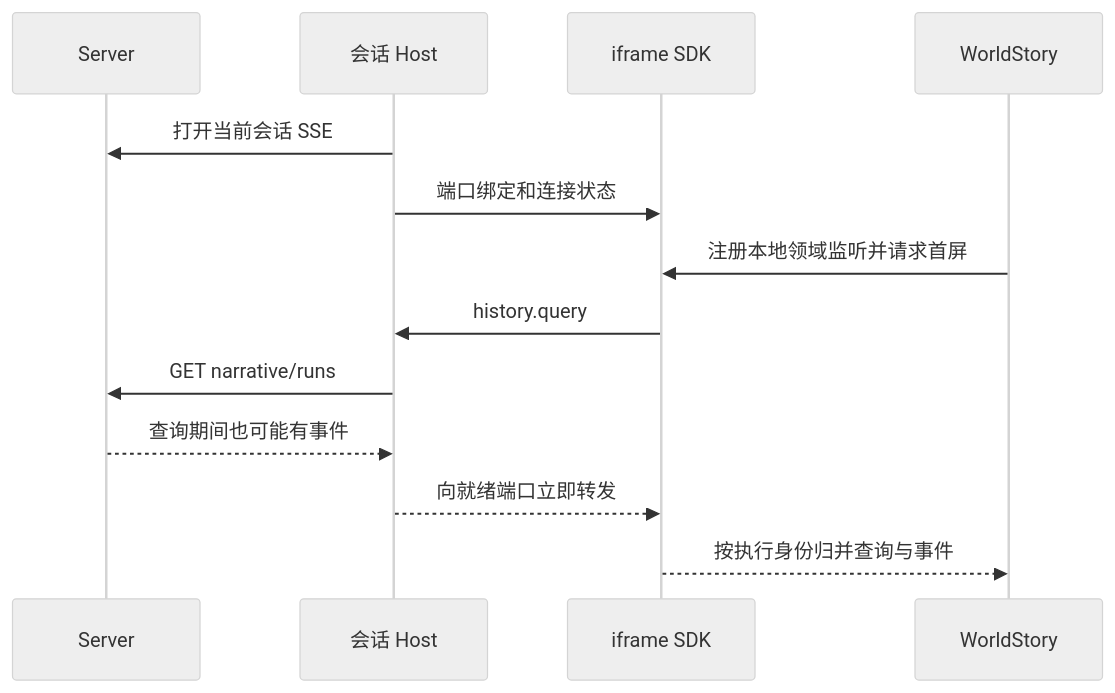
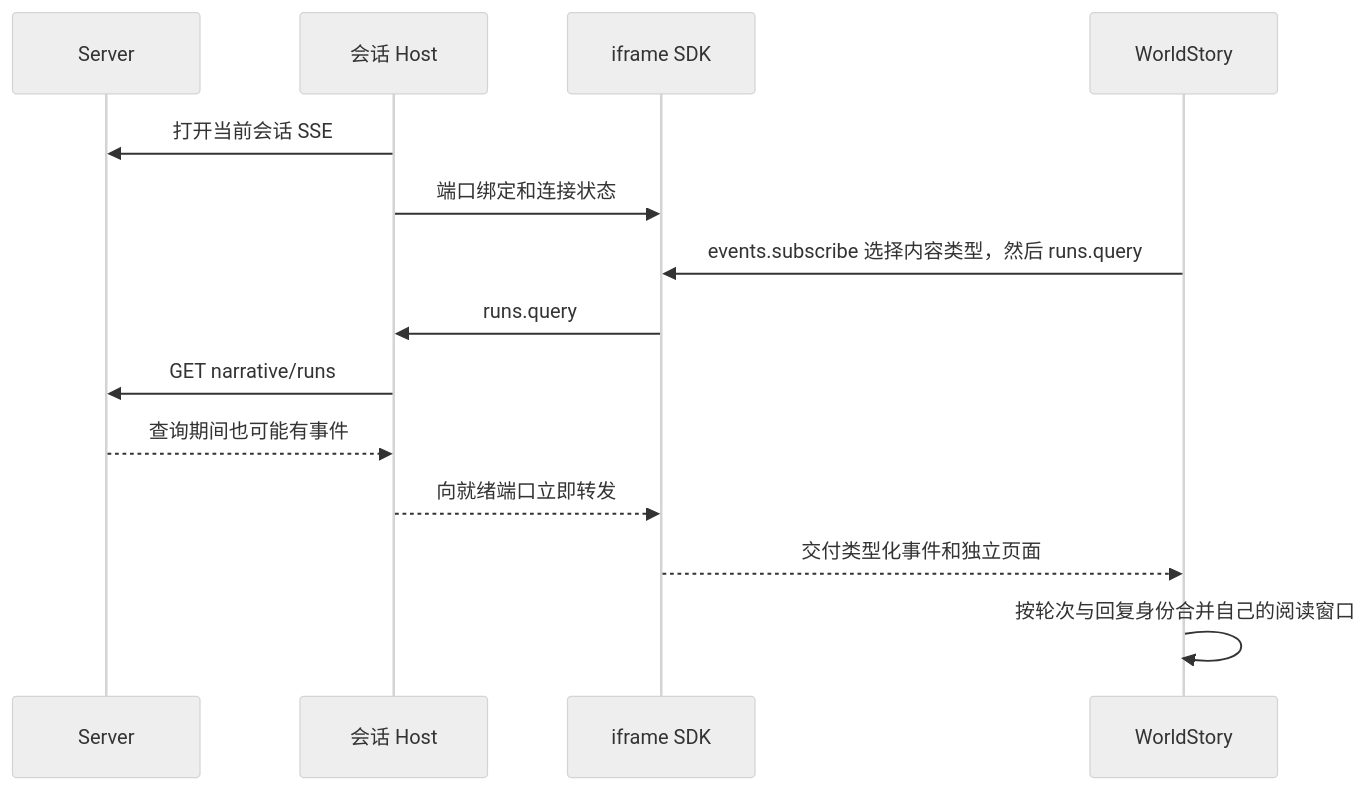
Before and after one commit to huiru-wang/SillyRealms: the second of 2 diagrams in plan/可组合舞台与薄宿主架构方案.md, drawn with Mermaid (neutral theme). The commit also changed other lines of this file and 2 other files, not shown here.

Commit message:
docs: simplify the stage SDK around sessions and runs

````diff
--- a/plan/可组合舞台与薄宿主架构方案.md
+++ b/plan/可组合舞台与薄宿主架构方案.md
@@ -92,15 +106,16 @@
 ```mermaid
 sequenceDiagram
     participant S as Server
     participant H as 会话 Host
     participant D as iframe SDK
     participant W as WorldStory
     H->>S: 打开当前会话 SSE
     H->>D: 端口绑定和连接状态
-    W->>D: 注册本地领域监听并请求首屏
-    D->>H: history.query
+    W->>D: events.subscribe 选择内容类型，然后 runs.query
+    D->>H: runs.query
     H->>S: GET narrative/runs
     S-->>H: 查询期间也可能有事件
     H-->>D: 向就绪端口立即转发
-    D-->>W: 按执行身份归并查询与事件
+    D-->>W: 交付类型化事件和独立页面
+    W->>W: 按轮次与回复身份合并自己的阅读窗口
 ```
````
